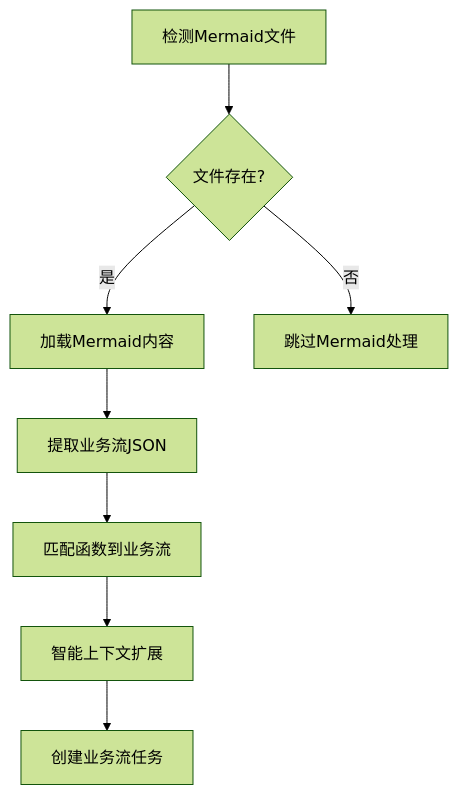
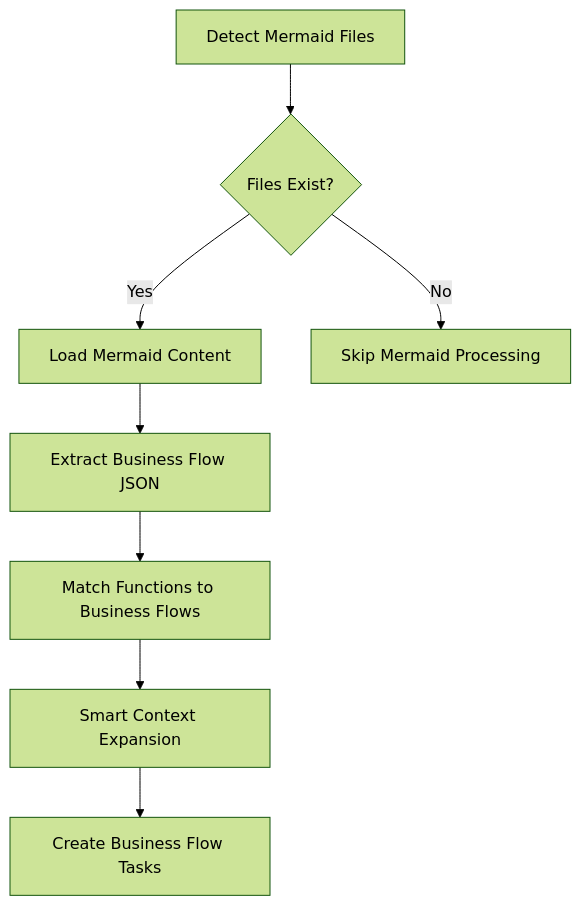
One commit to zorrosword/finite-monkey-engine changed the diagram in src/planning/README.md. Above: the diagram before and after it, drawn with Mermaid (forest theme). The commit also changed other lines of this file and 12 other files, not shown here.

````diff
--- a/src/planning/README.md
+++ b/src/planning/README.md
@@ -200,10 +200,10 @@
 ```mermaid
 flowchart TD
-    A[检测Mermaid文件] --> B{文件存在?}
-    B -->|是| C[加载Mermaid内容]
-    B -->|否| D[跳过Mermaid处理]
-    C --> E[提取业务流JSON]
-    E --> F[匹配函数到业务流]
-    F --> G[智能上下文扩展]
-    G --> H[创建业务流任务]
+    A[Detect Mermaid Files] --> B{Files Exist?}
+    B -->|Yes| C[Load Mermaid Content]
+    B -->|No| D[Skip Mermaid Processing]
+    C --> E[Extract Business Flow JSON]
+    E --> F[Match Functions to Business Flows]
+    F --> G[Smart Context Expansion]
+    G --> H[Create Business Flow Tasks]
 ```
````
